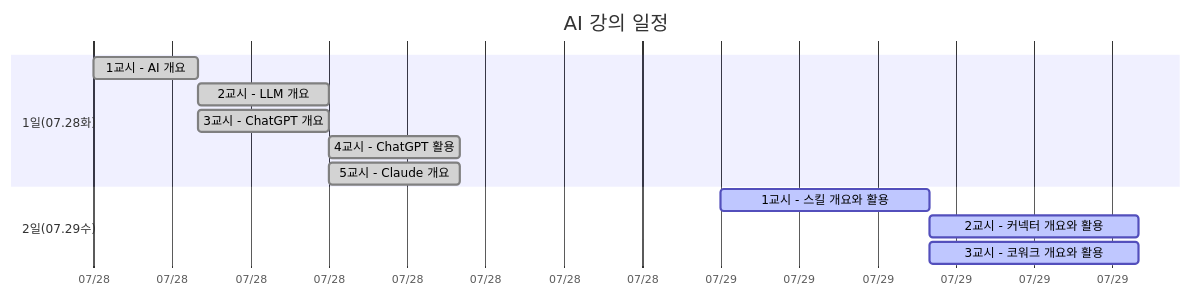
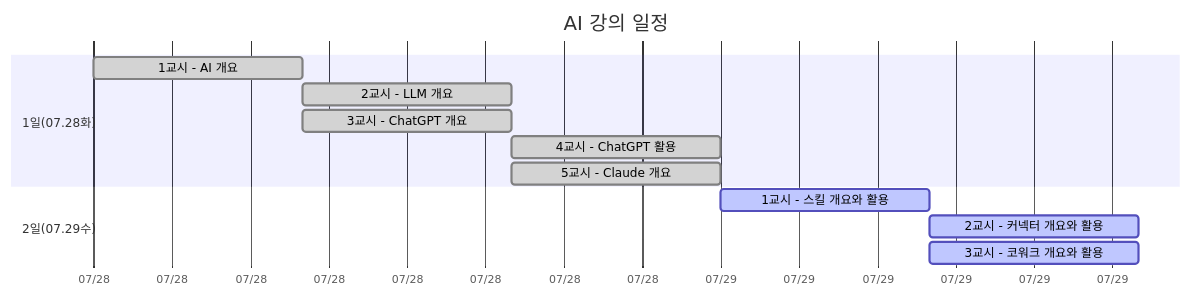
Before and after one commit to soobook/2026-LLM: the first of 9 diagrams in README.md, drawn with Mermaid.

````diff
--- a/README.md
+++ b/README.md
@@ -15,18 +15,18 @@
 ```mermaid
 gantt
     title AI 강의 일정
     dateFormat YYYY-MM-DD
     axisFormat %m/%d
 
     section 1일(07.28화)
-    1교시 - AI 개요                      :done, a1, 2026-07-28, 4h
-    2교시 - LLM 개요                     :done, a2, after a1, 5h
-    3교시 - ChatGPT 개요                 :done, a3, after a1, 5h
-    4교시 - ChatGPT 활용                 :done, a4, after a2, 5h
-    5교시 - Claude 개요                  :done, a5, after a2, 5h
+    1교시 - AI 개요                      :done, a1, 2026-07-28, 8h
+    2교시 - LLM 개요                     :done, a2, after a1, 8h
+    3교시 - ChatGPT 개요                 :done, a3, after a1, 8h
+    4교시 - ChatGPT 활용                 :done, a4, after a2, 8h
+    5교시 - Claude 개요                  :done, a5, after a2, 8h
 
     section 2일(07.29수)
     1교시 - 스킬 개요와 활용             :active, b1, 2026-07-29, 8h
     2교시 - 커넥터 개요와 활용           :active, b2, after b1, 8h
     3교시 - 코워크 개요와 활용           :active, b3, after b1, 8h
 ```
````
